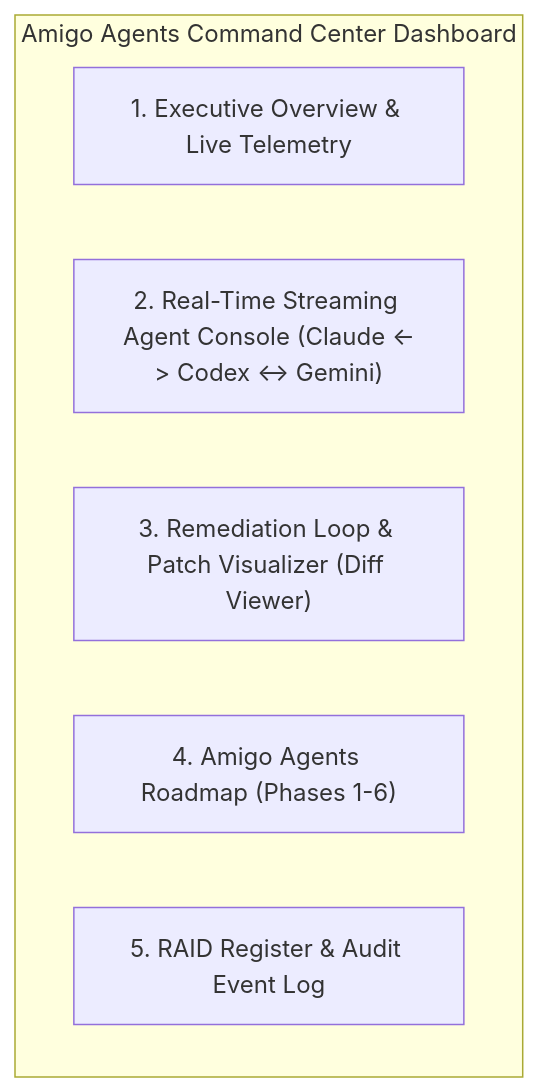
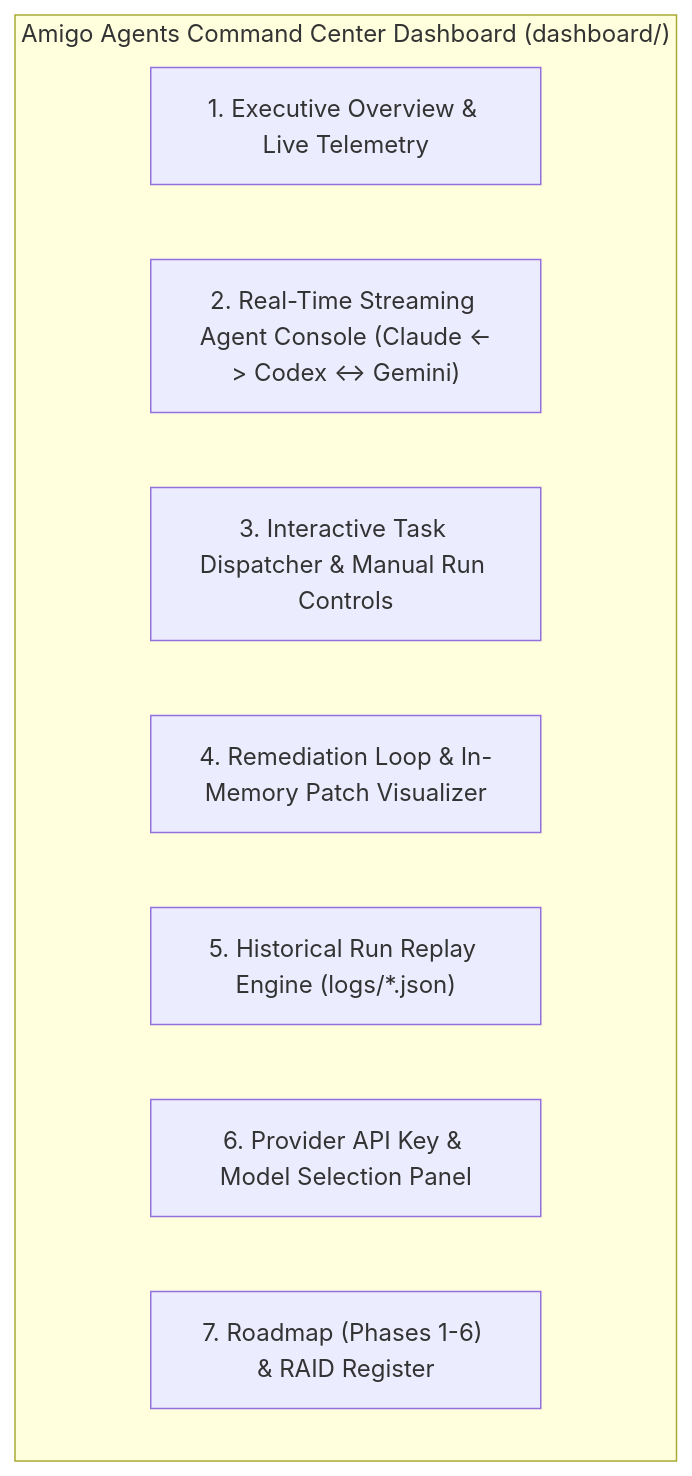
Before and after one commit to hanax-ai/sdd-core-citadel: the diagram in docs/GOAL-AMIGO-AGENTS-DASHBOARD-001.md, drawn with Mermaid. The commit also changed other lines of this file and 2 other files, not shown here.

Commit message:
Update GOAL-AMIGO-AGENTS-DASHBOARD-001 with task dispatcher, SSE stream, replay engine, and dashboard/ path

````diff
--- a/docs/GOAL-AMIGO-AGENTS-DASHBOARD-001.md
+++ b/docs/GOAL-AMIGO-AGENTS-DASHBOARD-001.md
@@ -39,10 +43,12 @@
 ```mermaid
 flowchart TD
-    subgraph Dashboard ["Amigo Agents Command Center Dashboard"]
+    subgraph Dashboard ["Amigo Agents Command Center Dashboard (dashboard/)"]
         ExecOverview["1. Executive Overview & Live Telemetry"]
         AgentStream["2. Real-Time Streaming Agent Console (Claude <-> Codex <-> Gemini)"]
-        RemediationLoop["3. Remediation Loop & Patch Visualizer (Diff Viewer)"]
-        RoadmapView["4. Amigo Agents Roadmap (Phases 1-6)"]
-        RAIDRegister["5. RAID Register & Audit Event Log"]
+        TaskDispatcher["3. Interactive Task Dispatcher & Manual Run Controls"]
+        DiffVisualizer["4. Remediation Loop & In-Memory Patch Visualizer"]
+        ReplayEngine["5. Historical Run Replay Engine (logs/*.json)"]
+        ModelSettings["6. Provider API Key & Model Selection Panel"]
+        RoadmapRAID["7. Roadmap (Phases 1-6) & RAID Register"]
     end
 ```
````
